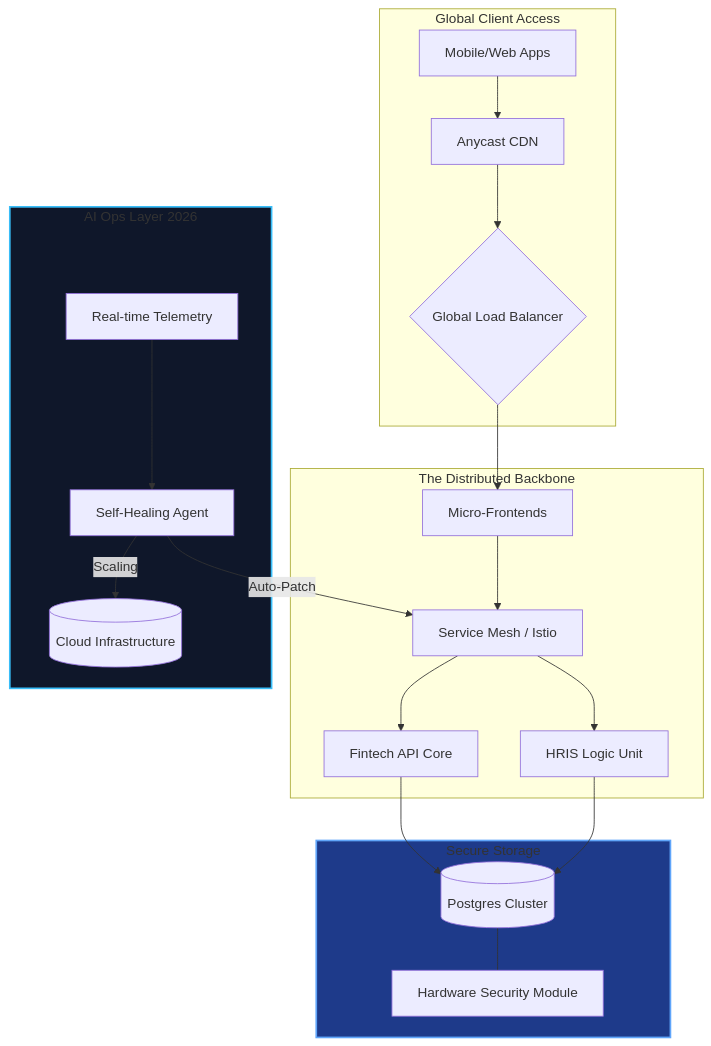
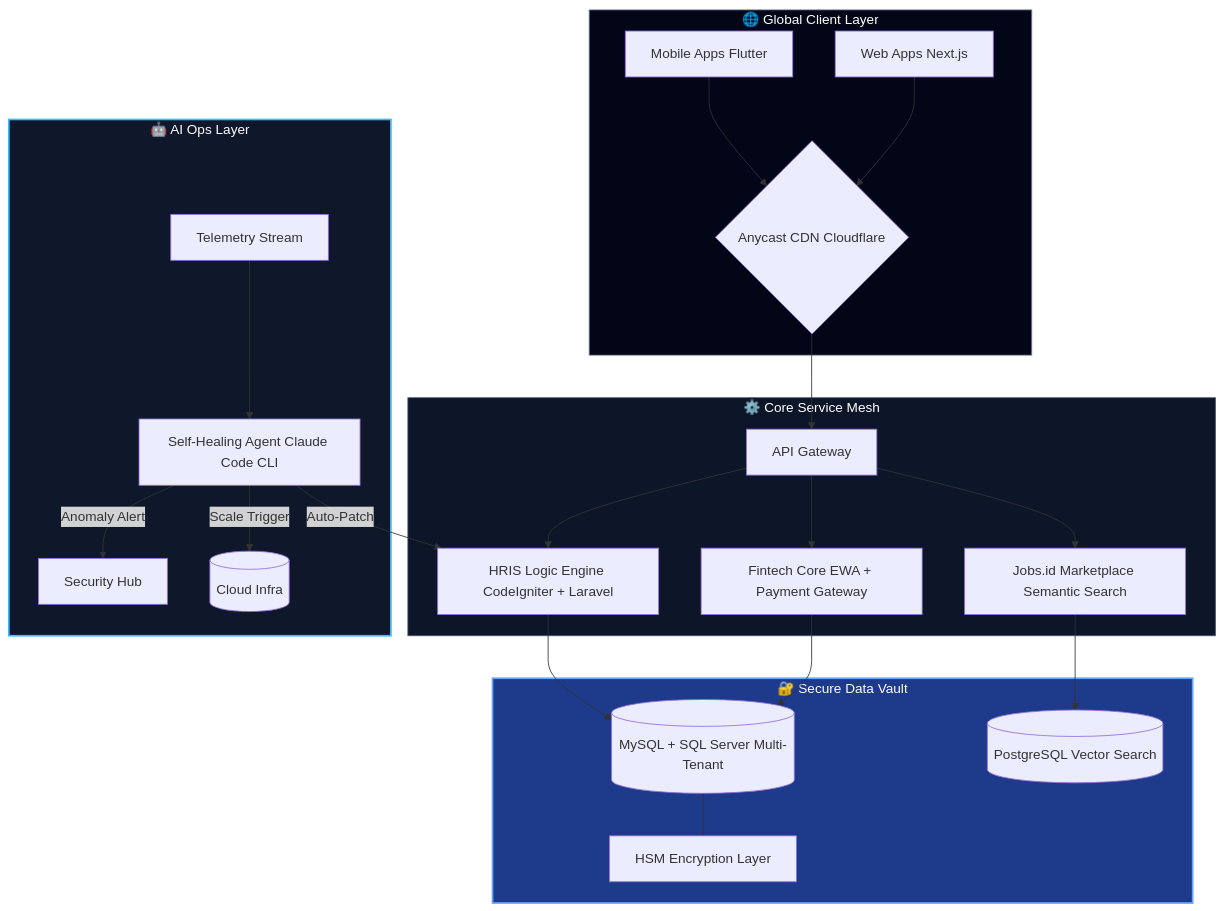
Before and after one commit to mnf94/mnf94: the diagram in README.md, drawn with Mermaid. The commit also changed other lines of this file, not shown here.

````diff
--- a/README.md
+++ b/README.md
@@ -26,29 +36,33 @@
 ```mermaid
 graph TD
-    subgraph User_Edge [Global Client Access]
-        A[Mobile/Web Apps] --> B[Anycast CDN]
-        B --> C{Global Load Balancer}
+    subgraph Edge ["🌐 Global Client Layer"]
+        A[Mobile Apps Flutter] --> C{Anycast CDN Cloudflare}
+        B[Web Apps Next.js] --> C
     end
 
-    subgraph Core_Engine [The Distributed Backbone]
-        C --> D[Micro-Frontends]
-        D --> E[Service Mesh / Istio]
-        E --> F[Fintech API Core]
-        E --> G[HRIS Logic Unit]
+    subgraph Core ["⚙️ Core Service Mesh"]
+        C --> D[API Gateway]
+        D --> E[HRIS Logic Engine CodeIgniter + Laravel]
+        D --> F[Fintech Core EWA + Payment Gateway]
+        D --> G[Jobs.id Marketplace Semantic Search]
     end
 
-    subgraph AI_Autopilot [AI Ops Layer 2026]
-        H[Real-time Telemetry] --> I[Self-Healing Agent]
+    subgraph AI ["🤖 AI Ops Layer"]
+        H[Telemetry Stream] --> I[Self-Healing Agent Claude Code CLI]
         I -->|Auto-Patch| E
-        I -->|Scaling| J[(Cloud Infrastructure)]
+        I -->|Anomaly Alert| J[Security Hub]
+        I -->|Scale Trigger| K[(Cloud Infra)]
     end
 
-    subgraph Data_Vault [Secure Storage]
-        F --> K[(Postgres Cluster)]
-        G --> K
-        K --- L[Hardware Security Module]
+    subgraph Vault ["🔐 Secure Data Vault"]
+        E --> L[(MySQL + SQL Server Multi-Tenant)]
+        F --> L
+        G --> M[(PostgreSQL Vector Search)]
+        L --- N[HSM Encryption Layer]
     end
 
-    style AI_Autopilot fill:#0f172a,stroke:#38bdf8,stroke-width:2px
-    style Data_Vault fill:#1e3a8a,stroke:#60a5fa,stroke-width:2px
+    style AI fill:#0f172a,stroke:#38bdf8,stroke-width:2px,color:#fff
+    style Vault fill:#1e3a8a,stroke:#60a5fa,stroke-width:2px,color:#fff
+    style Edge fill:#020617,stroke:#94a3b8,stroke-width:1px,color:#fff
+    style Core fill:#0c1628,stroke:#475569,stroke-width:1px,color:#fff
 ```
````
